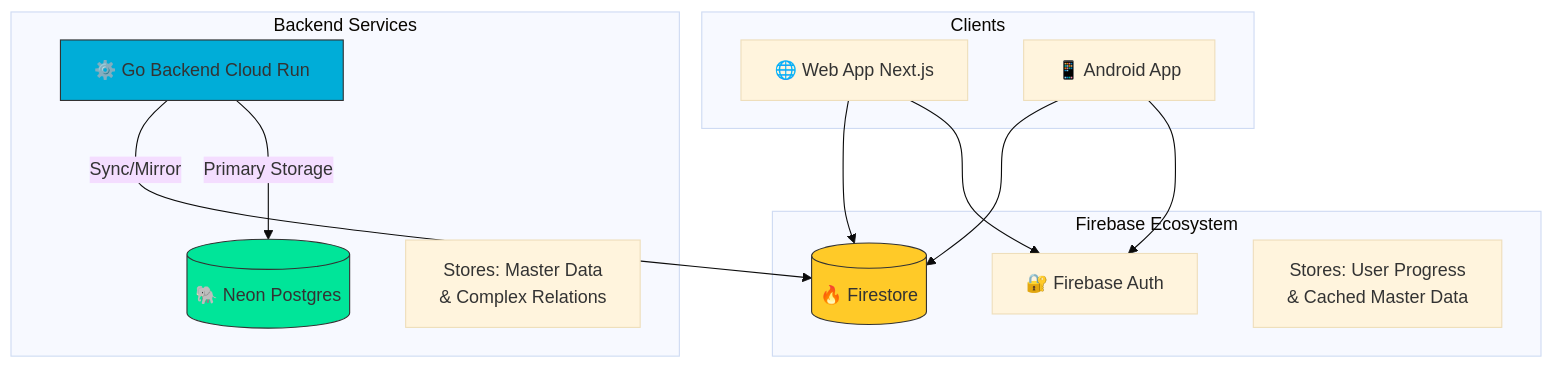
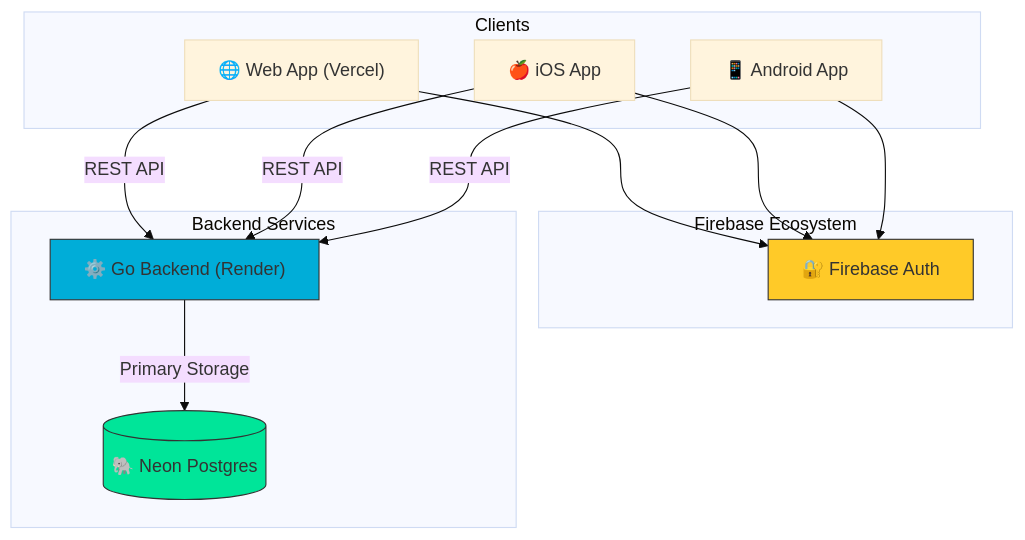
One commit to oatrice/TheMiddleWay-Metadata changed the diagram in README.md. Above: the diagram before and after it, drawn with Mermaid (base theme). The commit also changed other lines of this file and 1 other file, not shown here.

Commit message:
docs: update architecture to Render Go API-Centric model

````diff
--- a/README.md
+++ b/README.md
@@ -69,25 +69,27 @@
 ```mermaid
 flowchart TB
  subgraph Clients["Clients"]
-        Web["🌐 Web App Next.js"]
+        Web["🌐 Web App (Vercel)"]
+        iOS["🍎 iOS App"]
         Android["📱 Android App"]
   end
  subgraph Firebase_Ecosystem["Firebase Ecosystem"]
         Auth["🔐 Firebase Auth"]
-        Firestore[("🔥 Firestore")]
-        note1["Stores: User Progress<br>&amp; Cached Master Data"]
   end
  subgraph Backend_Services["Backend Services"]
-        Go["⚙️ Go Backend Cloud Run"]
+        Go["⚙️ Go Backend (Render)"]
         Neon[("🐘 Neon Postgres")]
-        note2["Stores: Master Data<br>&amp; Complex Relations"]
   end
-    Web --> Auth & Firestore
-    Android --> Auth & Firestore
+    Web --> Auth
+    iOS --> Auth
+    Android --> Auth
+    
+    Web -- REST API --> Go
+    iOS -- REST API --> Go
+    Android -- REST API --> Go
     Go -- Primary Storage --> Neon
-    Go -- Sync/Mirror --> Firestore
 
-    style Firestore fill:#ffca28,stroke:#333
     style Go fill:#00add8,stroke:#333
     style Neon fill:#00e599,stroke:#333
+    style Auth fill:#ffca28,stroke:#333
 ```
````
